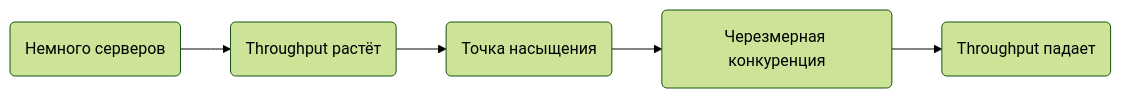
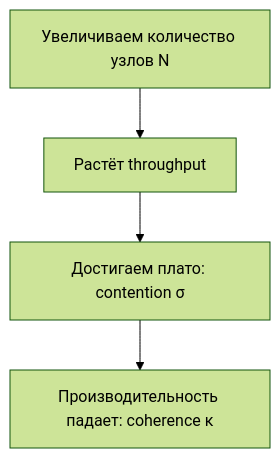
Before and after one commit to savinmikhail/advanced-system-design: the second of 2 diagrams in performance/Throughput/readme.md, drawn with Mermaid (forest theme). The commit also changed other lines of this file and 1 other file, not shown here.

````diff
--- a/performance/Throughput/readme.md
+++ b/performance/Throughput/readme.md
@@ -175,7 +338,6 @@
 ```mermaid
-graph LR
-A(Немного серверов) --> B(Throughput растёт)
-B --> C(Точка насыщения)
-C --> D(Черезмерная конкуренция)
-D --> E(Throughput падает)
+graph TD
+A[Увеличиваем количество узлов N] --> B[Растёт throughput]
+B --> C[Достигаем плато: contention σ]
+C --> D[Производительность падает: coherence κ]
 ```
````
